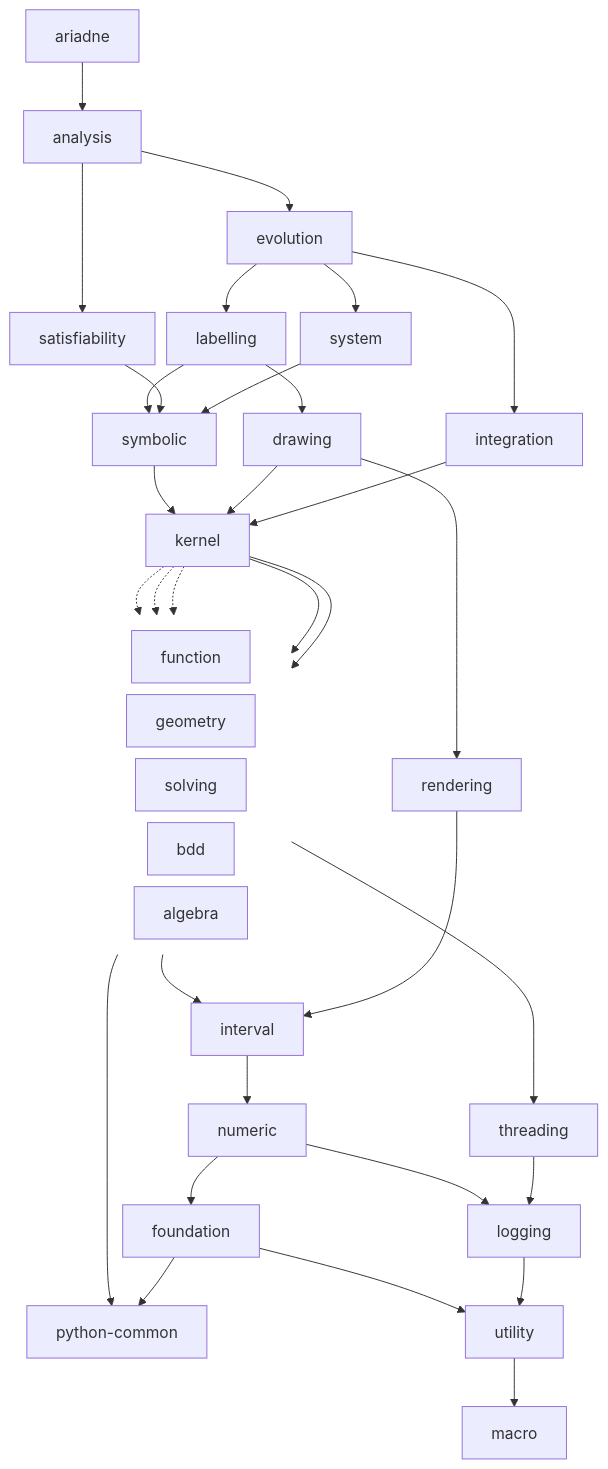
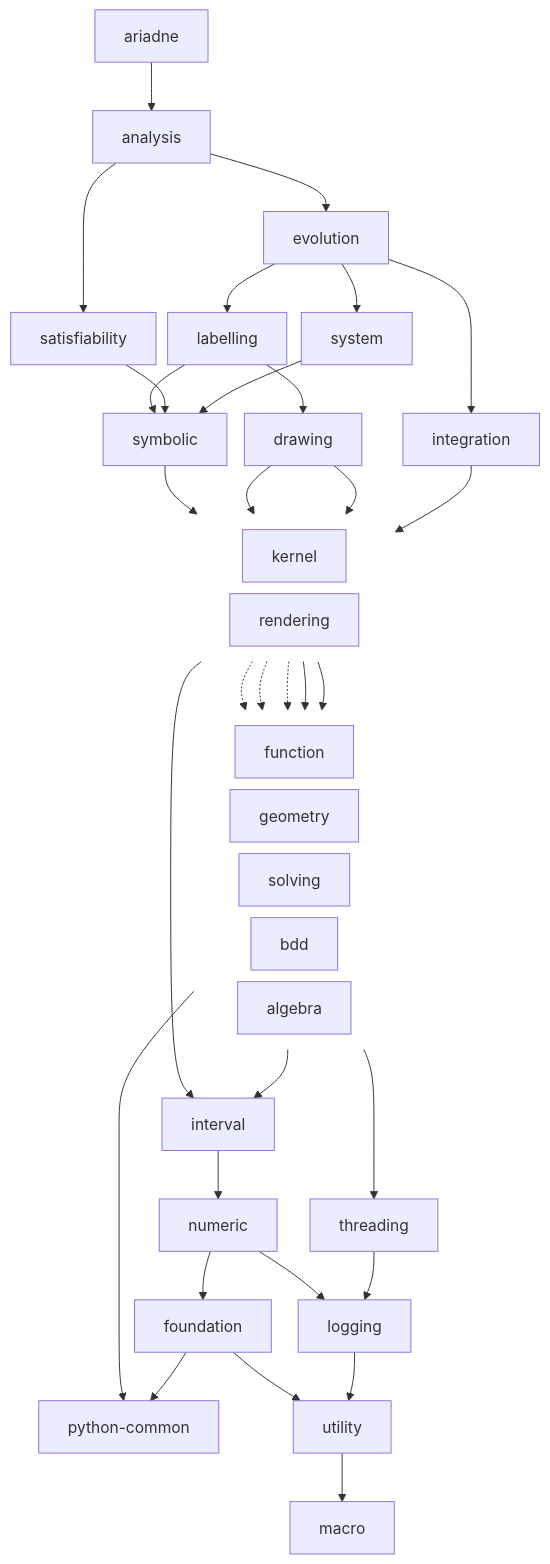
The diagram in doc/decoupling/structure.md (ariadne-cps/ariadne), drawn with Mermaid before and after one commit.

Commit message:
docs: group rendering with kernel visually

````diff
--- a/doc/decoupling/structure.md
+++ b/doc/decoupling/structure.md
@@ -38,58 +38,65 @@
 ```mermaid
 graph TD
     %%{init: {"flowchart": {"nodeSpacing": 12, "rankSpacing": 50}}}%%
     ariadne --> analysis
 
     analysis --> evolution
     analysis --> satisfiability
 
     evolution --> integration
     evolution --> system
     evolution --> labelling
 
     integration --> kernel
 
     system --> symbolic
 
     satisfiability --> symbolic
 
     labelling --> symbolic
     labelling --> drawing
 
     drawing --> rendering
     drawing --> kernel
 
     symbolic --> kernel
 
     subgraph kernel_level[" "]
         direction LR
+        kernel
+        rendering
+    end
+    style kernel_level fill:none,stroke:none,color:transparent
+
+    subgraph kernel_children[" "]
+        direction LR
         function
         geometry
         solving
         bdd
         algebra
     end
-    style kernel_level fill:none,stroke:none,color:transparent
+    style kernel_children fill:none,stroke:none,color:transparent
 
     kernel --> bdd & algebra
     kernel -.-> function
     kernel -.-> geometry
     kernel -.-> solving
 
     rendering --> interval
 
     bdd --> threading
     bdd --> python_common["python-common"]
 
     threading --> logging
     logging --> utility
     utility --> macro
 
     algebra --> interval
     interval --> numeric
     numeric --> foundation
     numeric --> logging
 
     foundation --> utility
     foundation --> python_common
 ```
````
